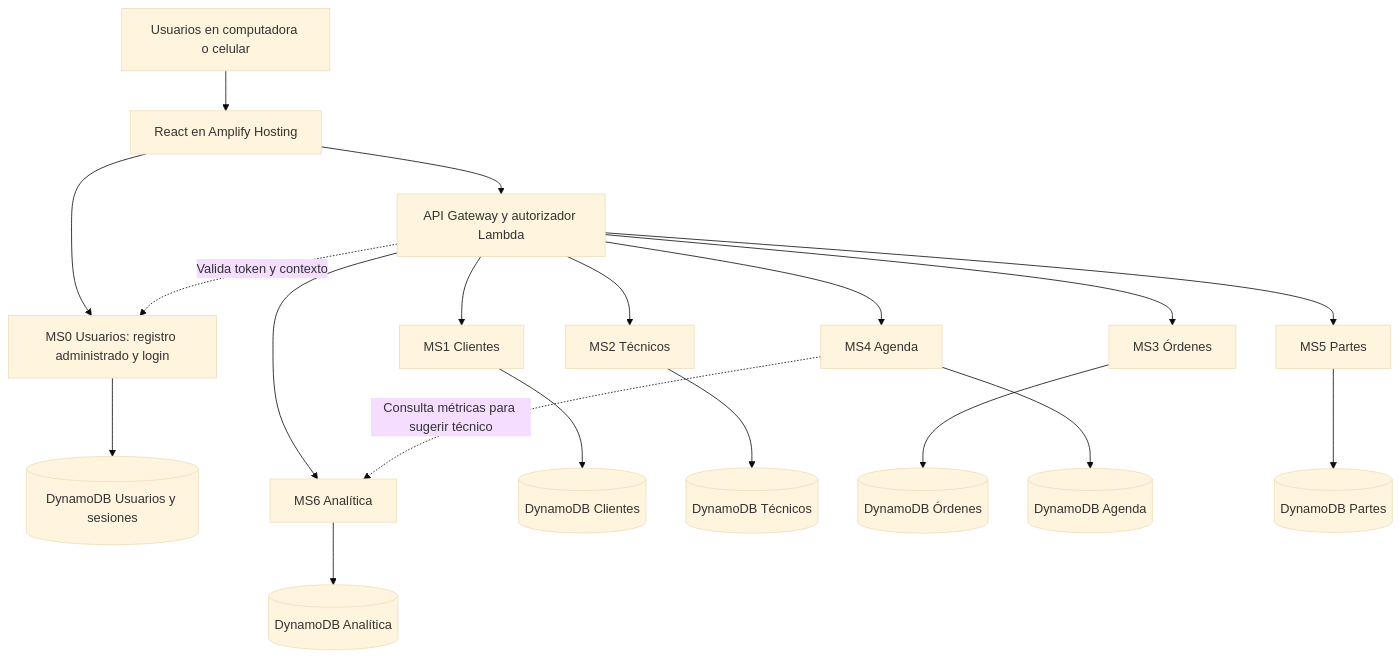
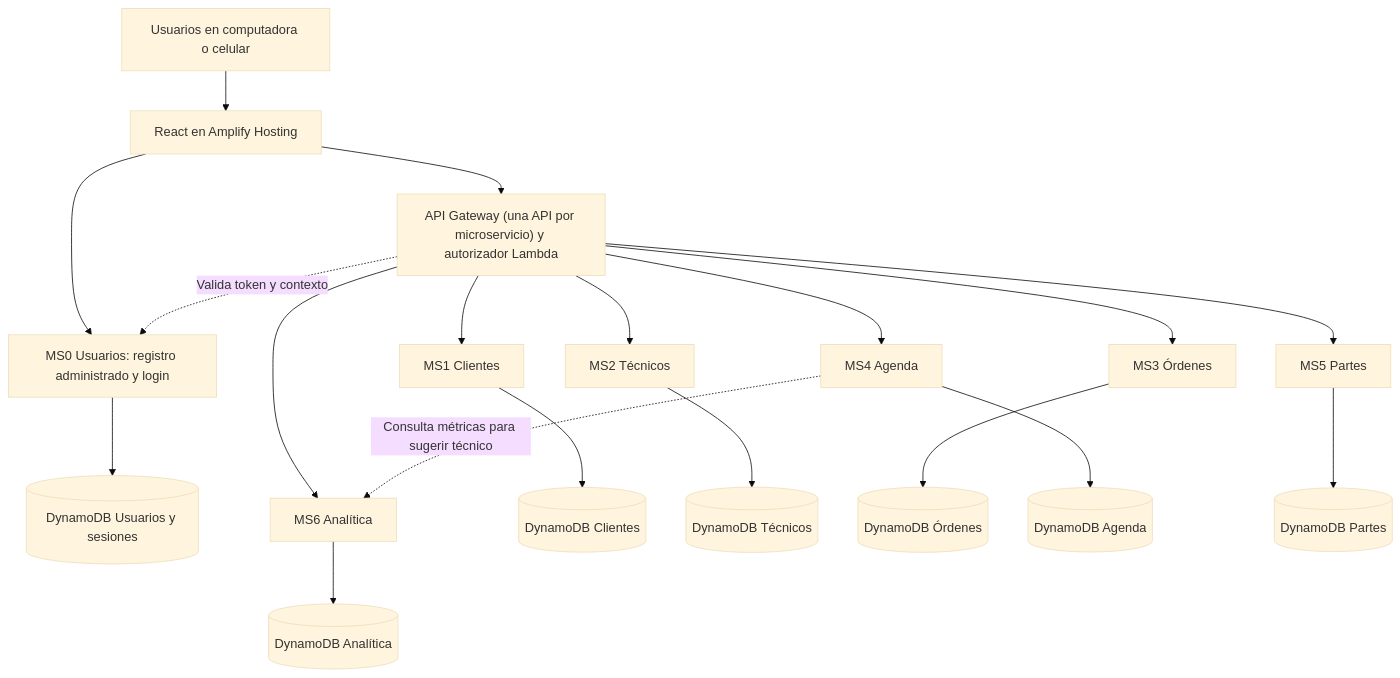
Before and after one commit to rvcuba-utec/cloud-project-v2: the second of 12 diagrams in ideas/proposal.md, drawn with Mermaid (base theme). The commit also changed other lines of this file and 1 other file, not shown here.

````diff
--- a/ideas/proposal.md
+++ b/ideas/proposal.md
@@ -262,23 +262,23 @@
 ```mermaid
 flowchart TD
     U["Usuarios en computadora o celular"] --> WEB["React en Amplify Hosting"]
-    WEB --> API["API Gateway y autorizador Lambda"]
+    WEB --> API["API Gateway (una API por microservicio) y autorizador Lambda"]
     WEB --> UAPI["MS0 Usuarios: registro administrado y login"]
     UAPI --> DU[("DynamoDB Usuarios y sesiones")]
     API -. "Valida token y contexto" .-> UAPI
 
     API --> C["MS1 Clientes"]
     API --> T["MS2 Técnicos"]
     API --> O["MS3 Órdenes"]
     API --> A["MS4 Agenda"]
     API --> P["MS5 Partes"]
     API --> AN["MS6 Analítica"]
     A -. "Consulta métricas para sugerir técnico" .-> AN
 
     C --> DC[("DynamoDB Clientes")]
     T --> DT[("DynamoDB Técnicos")]
     O --> DO[("DynamoDB Órdenes")]
     A --> DA[("DynamoDB Agenda")]
     P --> DP[("DynamoDB Partes")]
     AN --> DAN[("DynamoDB Analítica")]
 ```
````
